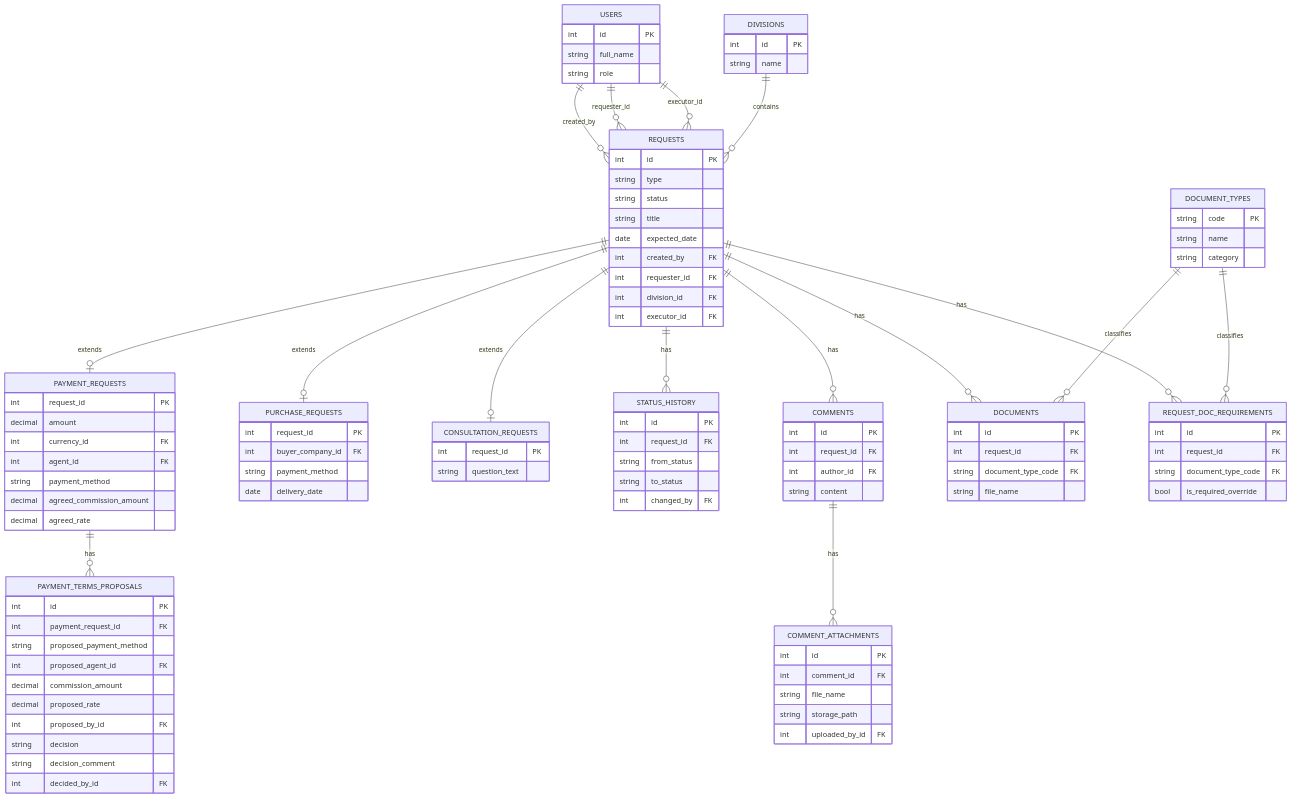
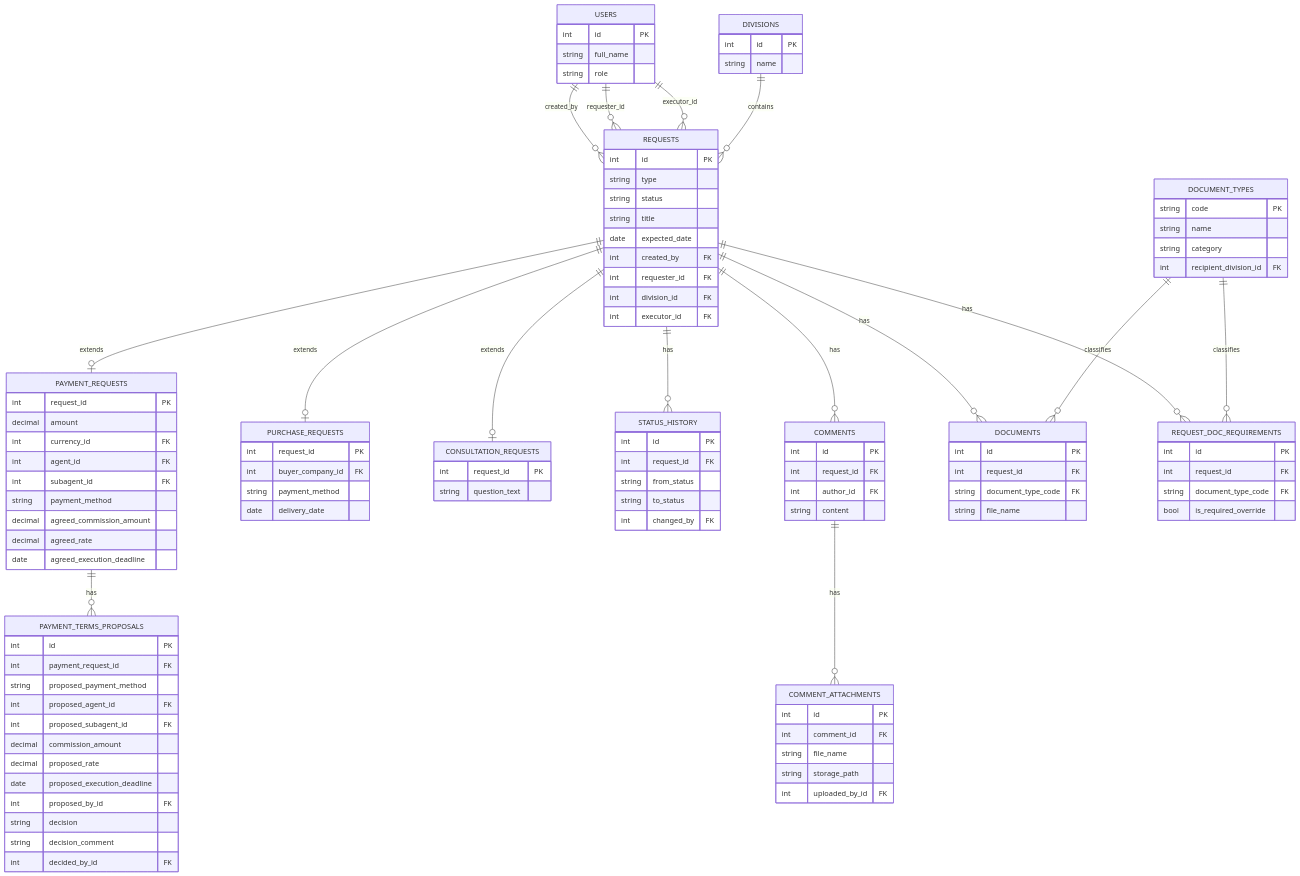
The first of 2 diagrams in 06. Данные/ER модель.md (srg888/PayTracker_Vault), drawn with Mermaid before and after one commit. The commit also changed other lines of this file and 9 other files, not shown here.

```diff
--- a/06. Данные/ER модель.md
+++ b/06. Данные/ER модель.md
@@ -49,9 +49,11 @@
     decimal amount
     int currency_id FK
     int agent_id FK
+    int subagent_id FK
     string payment_method
     decimal agreed_commission_amount
     decimal agreed_rate
+    date agreed_execution_deadline
   }
   PURCHASE_REQUESTS {
     int request_id PK
@@ -88,8 +90,10 @@
     int payment_request_id FK
     string proposed_payment_method
     int proposed_agent_id FK
+    int proposed_subagent_id FK
     decimal commission_amount
     decimal proposed_rate
+    date proposed_execution_deadline
     int proposed_by_id FK
     string decision
     string decision_comment
@@ -99,6 +103,7 @@
     string code PK
     string name
     string category
+    int recipient_division_id FK
   }
   DOCUMENTS {
     int id PK
```
